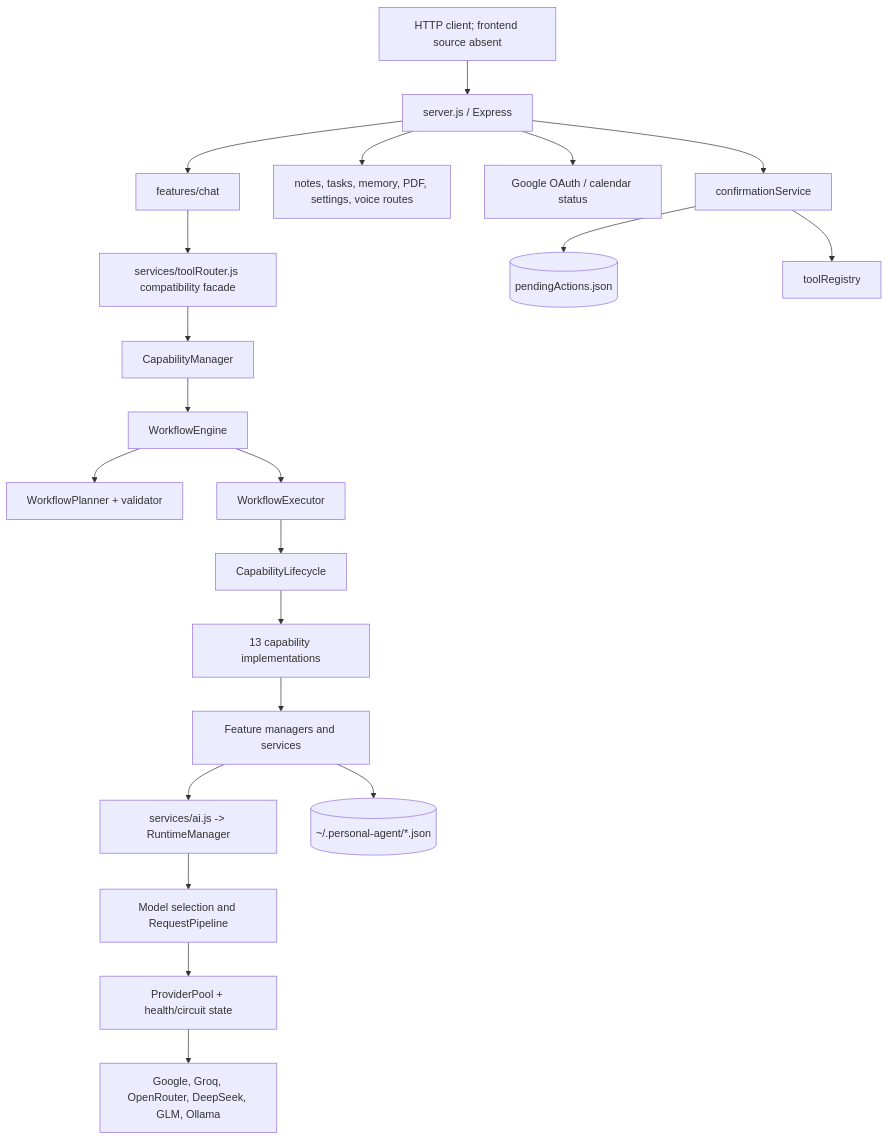
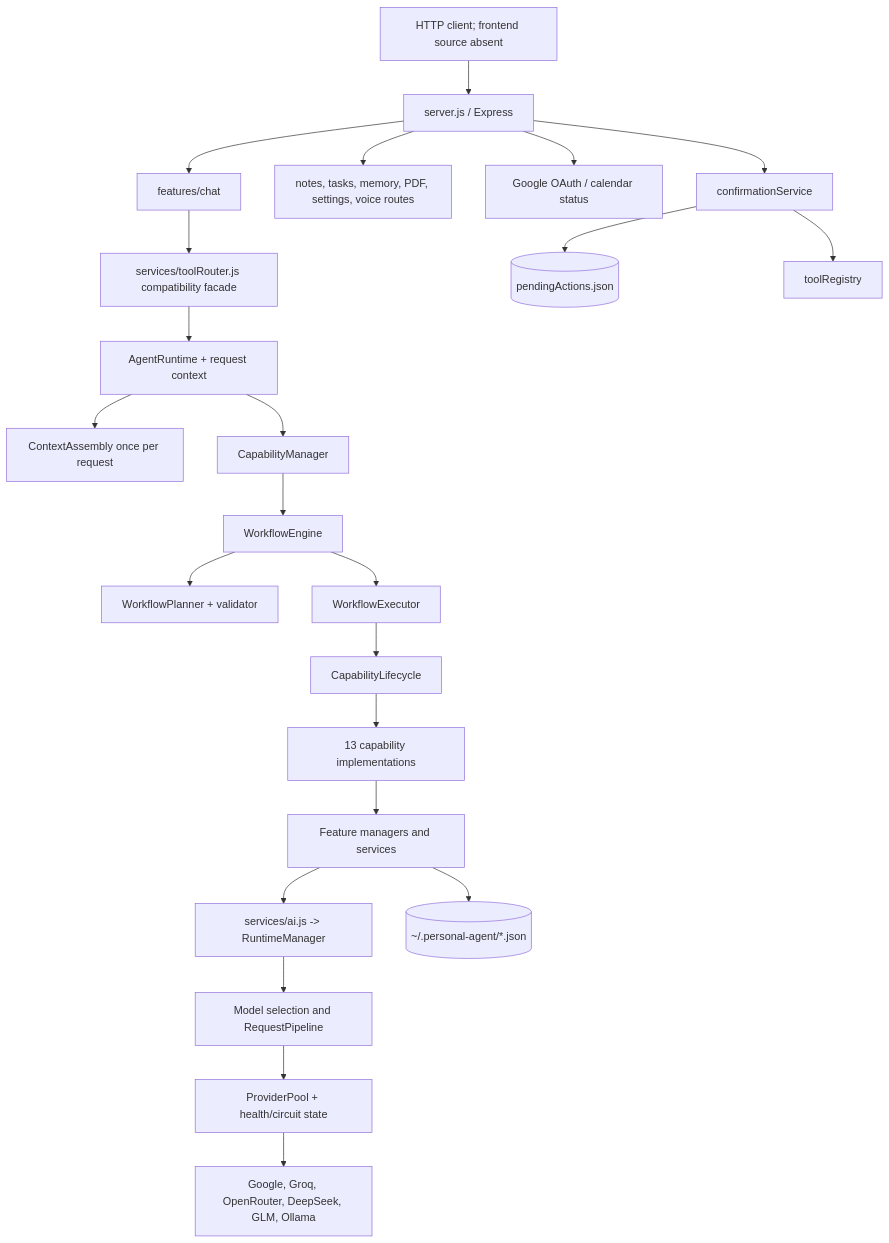
One commit to sushanC/Agentic-Ai changed the first of 2 diagrams in docs/SAMGPT_BACKEND_ARCHITECTURE.md. Above: the diagram before and after it, drawn with Mermaid. The commit also changed other lines of this file and 46 other files, not shown here.

````diff
--- a/docs/SAMGPT_BACKEND_ARCHITECTURE.md
+++ b/docs/SAMGPT_BACKEND_ARCHITECTURE.md
@@ -7,23 +7,25 @@
 ```mermaid
 flowchart TB
   Client[HTTP client; frontend source absent] --> Express[server.js / Express]
   Express --> Chat[features/chat]
   Express --> CRUD[notes, tasks, memory, PDF, settings, voice routes]
   Express --> OAuth[Google OAuth / calendar status]
   Chat --> TR[services/toolRouter.js compatibility facade]
-  TR --> CM[CapabilityManager]
+  TR --> AR[AgentRuntime + request context]
+  AR --> CA[ContextAssembly once per request]
+  AR --> CM[CapabilityManager]
   CM --> WE[WorkflowEngine]
   WE --> Planner[WorkflowPlanner + validator]
   WE --> Executor[WorkflowExecutor]
   Executor --> Life[CapabilityLifecycle]
   Life --> Impl[13 capability implementations]
   Impl --> Feature[Feature managers and services]
   Feature --> AI[services/ai.js -> RuntimeManager]
   AI --> Models[Model selection and RequestPipeline]
   Models --> Pool[ProviderPool + health/circuit state]
   Pool --> Providers[Google, Groq, OpenRouter, DeepSeek, GLM, Ollama]
   Feature --> JSON[(~/.personal-agent/*.json)]
   Express --> Confirm[confirmationService]
   Confirm --> Pending[(pendingActions.json)]
   Confirm --> Registry[toolRegistry]
 ```
````
